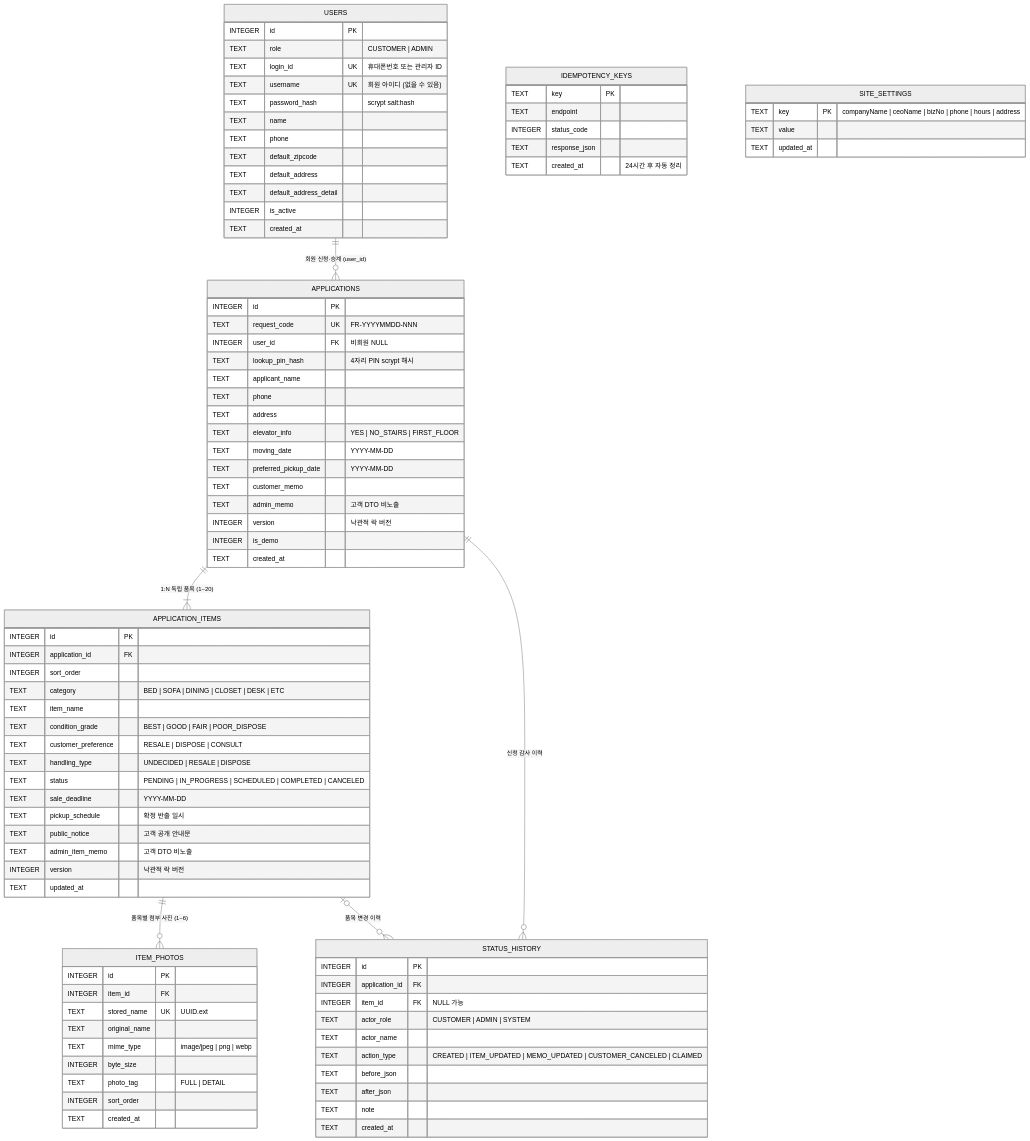
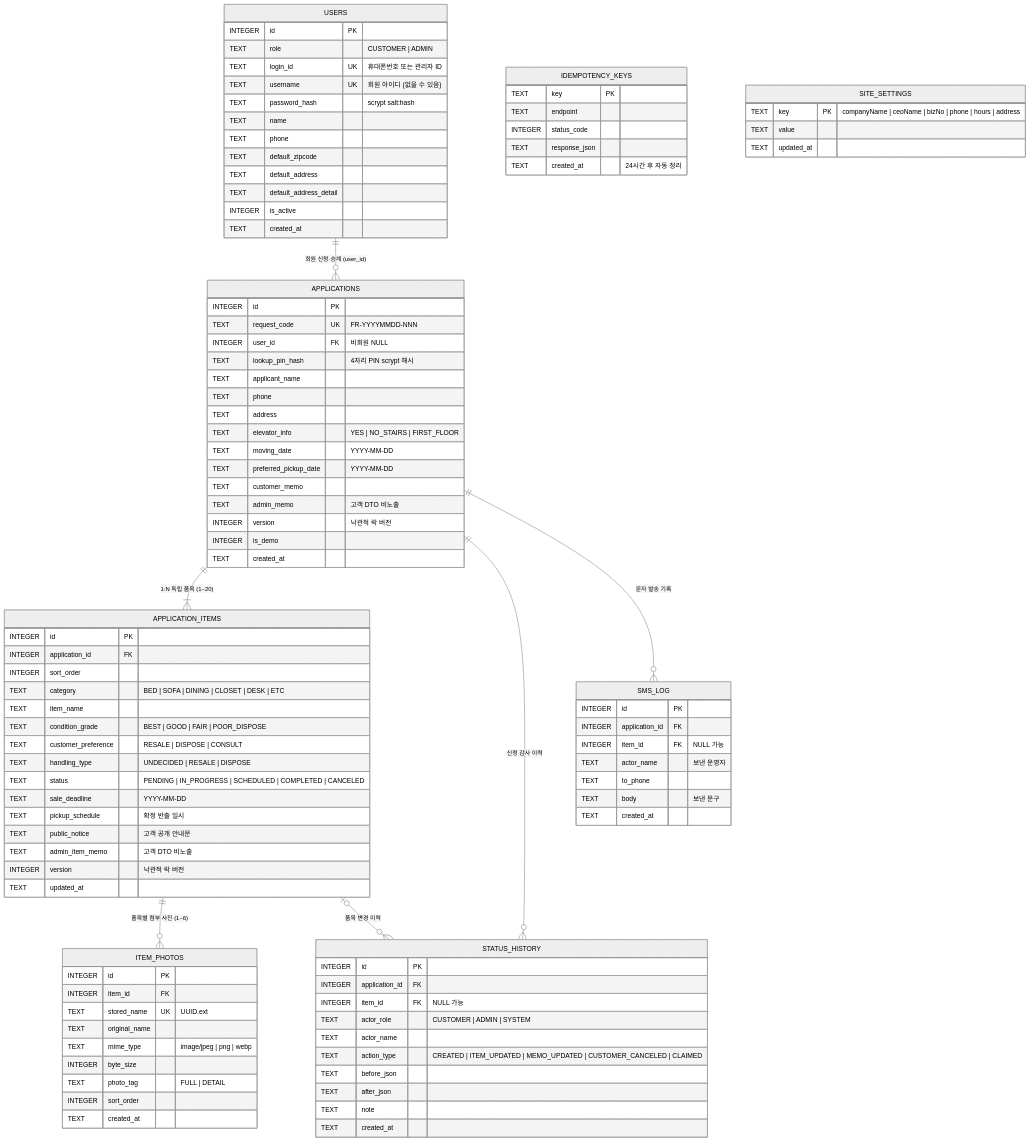
Before and after one commit to hy040504/gagudabang: the fourth of 4 diagrams in README.md, drawn with Mermaid (neutral theme). The commit also changed other lines of this file and 3 other files, not shown here.

```diff
--- a/README.md
+++ b/README.md
@@ -172,6 +172,7 @@
     APPLICATION_ITEMS ||--o{ ITEM_PHOTOS : "품목별 첨부 사진 (1~6)"
     APPLICATIONS ||--o{ STATUS_HISTORY : "신청 감사 이력"
     APPLICATION_ITEMS |o--o{ STATUS_HISTORY : "품목 변경 이력"
+    APPLICATIONS ||--o{ SMS_LOG : "문자 발송 기록"
 
     USERS {
         INTEGER id PK
@@ -249,6 +250,16 @@
         TEXT created_at
     }
 
+    SMS_LOG {
+        INTEGER id PK
+        INTEGER application_id FK
+        INTEGER item_id FK "NULL 가능"
+        TEXT actor_name "보낸 운영자"
+        TEXT to_phone
+        TEXT body "보낸 문구"
+        TEXT created_at
+    }
+
     IDEMPOTENCY_KEYS {
         TEXT key PK
         TEXT endpoint
```
